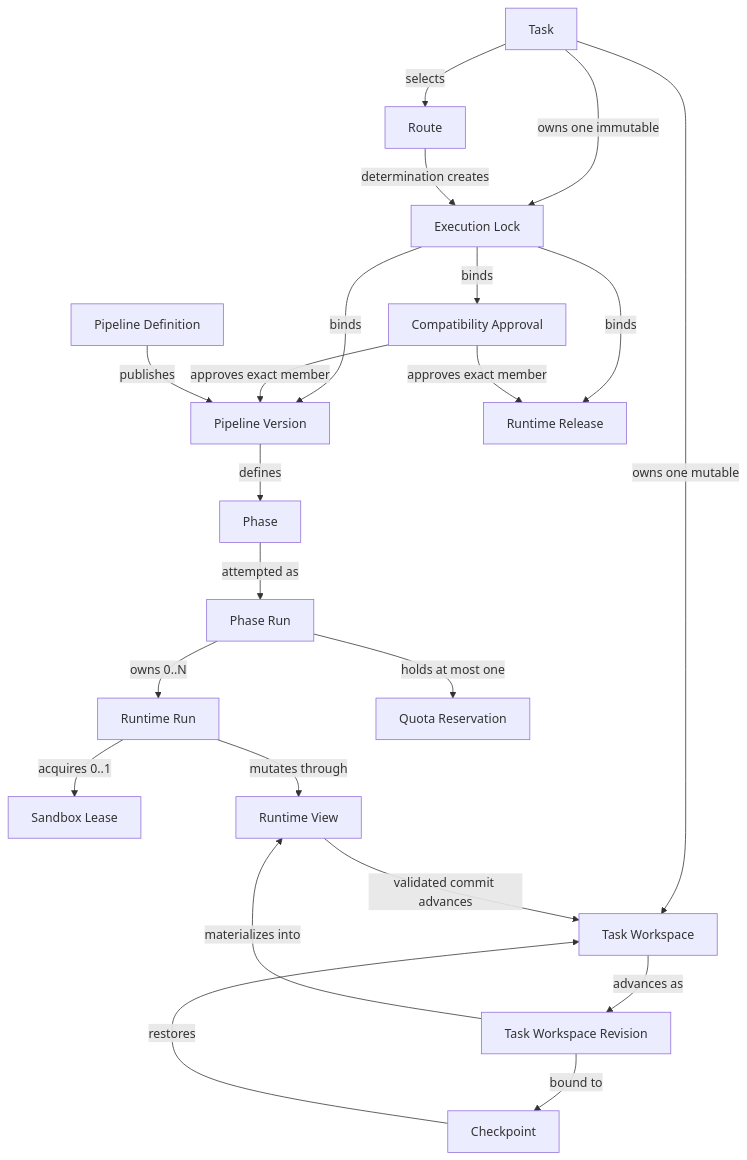
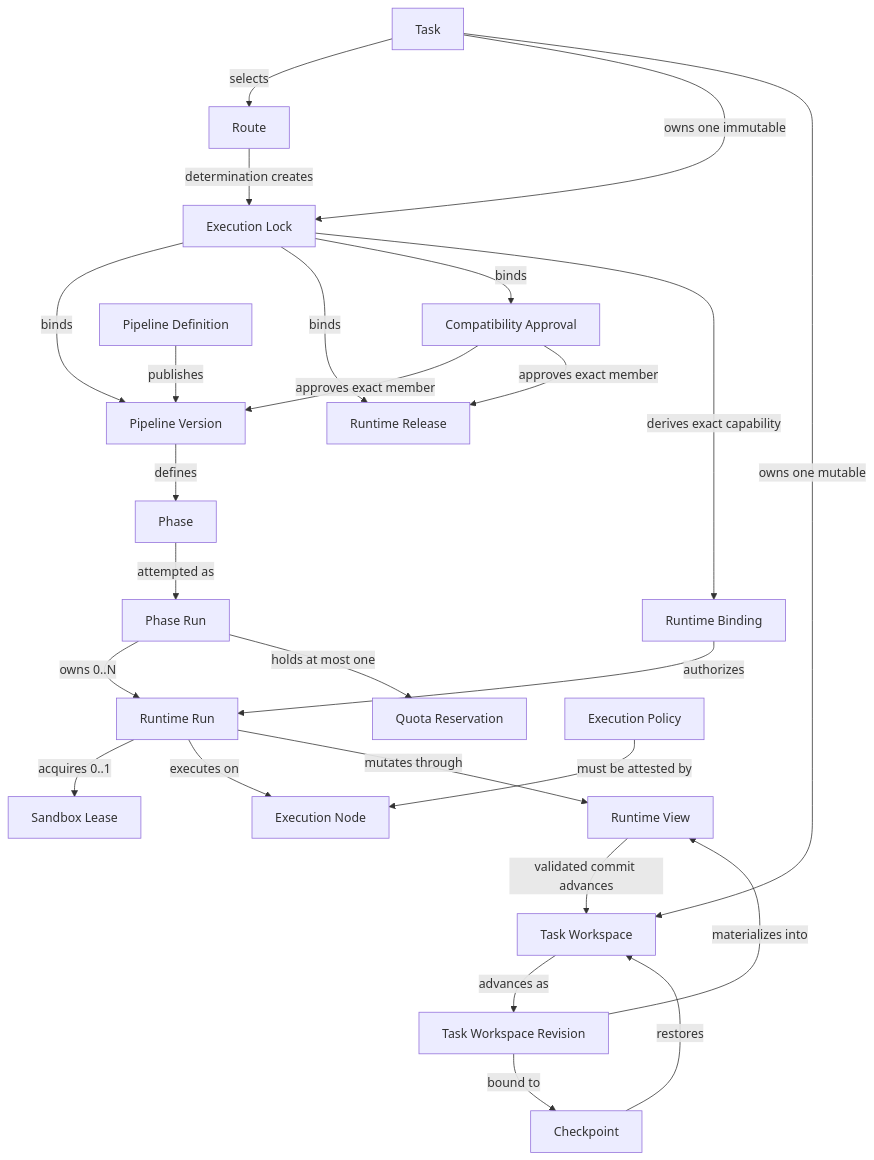
One commit to Vt00ls/SlideSmith changed the second of 7 diagrams in docs/architecture/enterprise-domain-model.md. Above: the diagram before and after it, drawn with Mermaid. The commit also changed other lines of this file and 8 other files, not shown here.

Commit message:
docs: define runtime execution contracts

````diff
--- a/docs/architecture/enterprise-domain-model.md
+++ b/docs/architecture/enterprise-domain-model.md
@@ -29,24 +29,28 @@
 ```mermaid
 flowchart TD
     Task -->|selects| Route
     Task -->|owns one immutable| ExecutionLock[Execution Lock]
     Route -->|determination creates| ExecutionLock
     ExecutionLock -->|binds| PipelineVersion[Pipeline Version]
     ExecutionLock -->|binds| RuntimeRelease[Runtime Release]
     ExecutionLock -->|binds| CompatibilityApproval[Compatibility Approval]
     CompatibilityApproval -->|approves exact member| PipelineVersion
     CompatibilityApproval -->|approves exact member| RuntimeRelease
     PipelineDefinition[Pipeline Definition] -->|publishes| PipelineVersion
     PipelineVersion -->|defines| Phase
     Phase -->|attempted as| PhaseRun[Phase Run]
     PhaseRun -->|owns 0..N| RuntimeRun[Runtime Run]
     PhaseRun -->|holds at most one| QuotaReservation[Quota Reservation]
+    ExecutionLock -->|derives exact capability| RuntimeBinding[Runtime Binding]
+    RuntimeBinding -->|authorizes| RuntimeRun
     RuntimeRun -->|acquires 0..1| SandboxLease[Sandbox Lease]
+    RuntimeRun -->|executes on| ExecutionNode[Execution Node]
+    ExecutionPolicy[Execution Policy] -->|must be attested by| ExecutionNode
     RuntimeRun -->|mutates through| RuntimeView[Runtime View]
     Task -->|owns one mutable| TaskWorkspace[Task Workspace]
     TaskWorkspace -->|advances as| WorkspaceRevision[Task Workspace Revision]
     WorkspaceRevision -->|materializes into| RuntimeView
     RuntimeView -->|validated commit advances| TaskWorkspace
     WorkspaceRevision -->|bound to| Checkpoint
     Checkpoint -->|restores| TaskWorkspace
 ```
````
